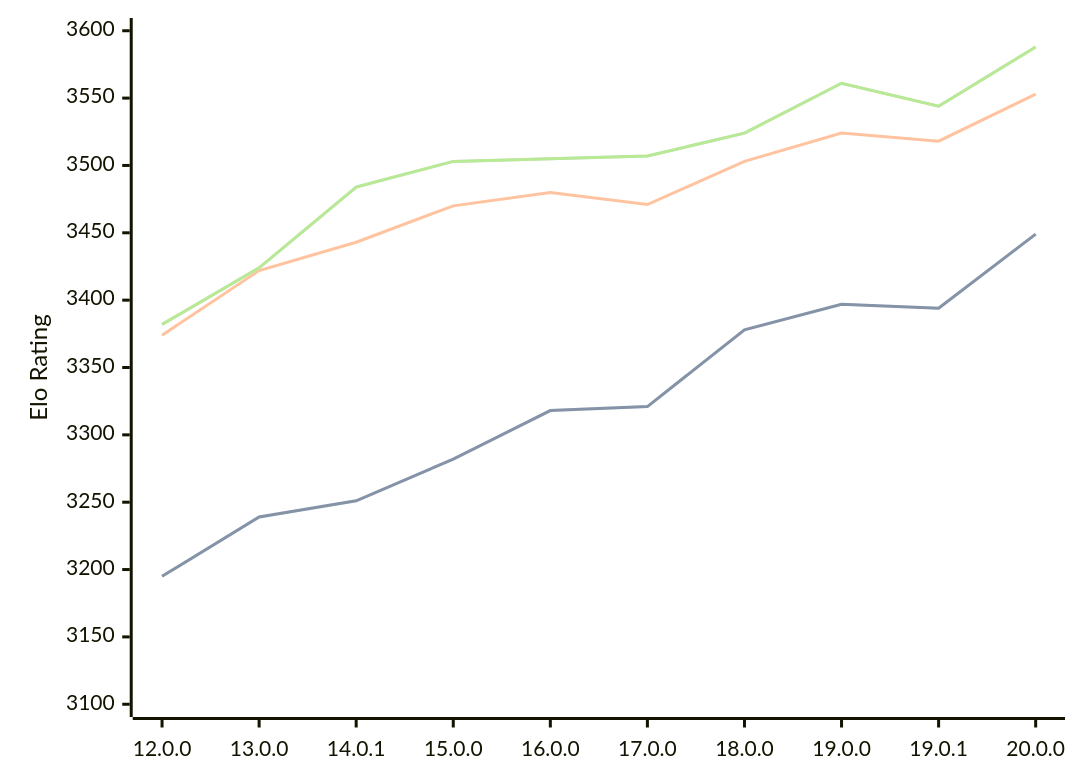
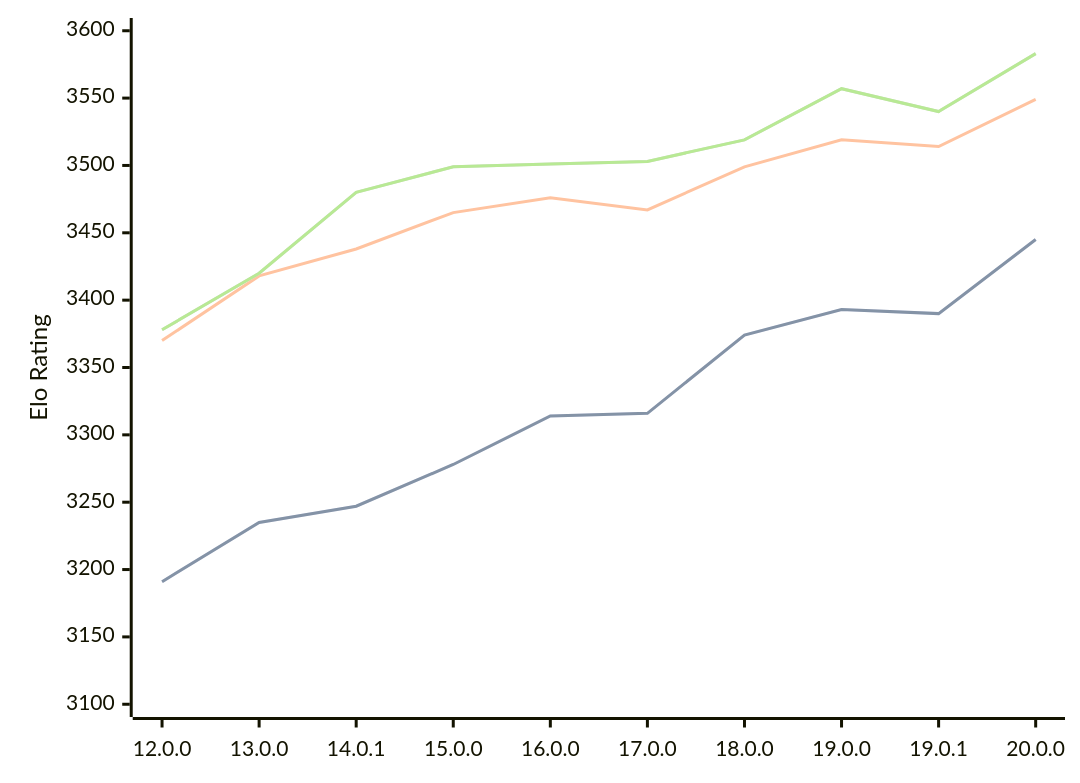
The third of 3 diagrams in engines/Viridithas.md (computer-chess-index/cci), drawn with Mermaid before and after one commit. The commit also changed other lines of this file, not shown here.

Commit message:
Update CCI Ratings (ELO VLTC) - 2026-07-16

````diff
--- a/engines/Viridithas.md
+++ b/engines/Viridithas.md
@@ -97,11 +97,11 @@
 ```mermaid
 %%{init: {"theme":"base","themeVariables":{"seriesColors:['#a3a3a3','#222221','#faa371']}}}%%
 xychart-beta
   x-axis ["12.0.0", "13.0.0", "14.0.1", "15.0.0", "16.0.0", "17.0.0", "18.0.0", "19.0.0", "19.0.1", "20.0.0"]
   y-axis "Elo Rating" 3100 --> 3600
-  line "STC (8.0+0.08s)" [3195, 3239, 3251, 3282, 3318, 3321, 3378, 3397, 3394, 3449]
-  line "STC (8.0+0.08s)" [3195, 3239, 3251, 3282, 3318, 3321, 3378, 3397, 3394, 3449]
-  line "LTC (60.0+0.60s)" [3374, 3422, 3443, 3470, 3480, 3471, 3503, 3524, 3518, 3553]
-  line "VLTC (2m24s+1.12s)" [3382, 3424, 3484, 3503, 3505, 3507, 3524, 3561, 3544, 3588]
-  line "VLTC (2m24s+1.12s)" [3382, 3424, 3484, 3503, 3505, 3507, 3524, 3561, 3544, 3588]
+  line "STC (8.0+0.08s)" [3191, 3235, 3247, 3278, 3314, 3316, 3374, 3393, 3390, 3445]
+  line "STC (8.0+0.08s)" [3191, 3235, 3247, 3278, 3314, 3316, 3374, 3393, 3390, 3445]
+  line "LTC (60.0+0.60s)" [3370, 3418, 3438, 3465, 3476, 3467, 3499, 3519, 3514, 3549]
+  line "VLTC (2m24s+1.12s)" [3378, 3420, 3480, 3499, 3501, 3503, 3519, 3557, 3540, 3583]
+  line "VLTC (2m24s+1.12s)" [3378, 3420, 3480, 3499, 3501, 3503, 3519, 3557, 3540, 3583]
 ```
````
